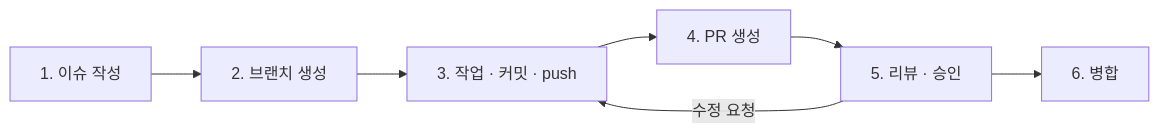
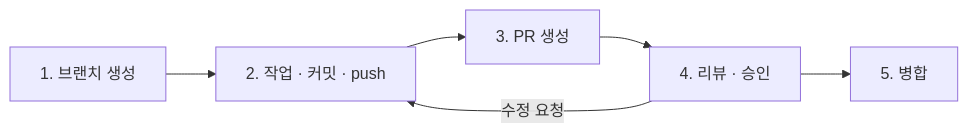
One commit to livelykitten/retail_convinient_store_lgcns6 changed the diagram in docs/CONTRIBUTING.md. Above: the diagram before and after it, drawn with Mermaid. The commit also changed other lines of this file and 13 other files, not shown here.

````diff
--- a/docs/CONTRIBUTING.md
+++ b/docs/CONTRIBUTING.md
@@ -9,9 +9,8 @@
 ```mermaid
 flowchart LR
-  I[1. 이슈 작성] --> B[2. 브랜치 생성]
-  B --> C[3. 작업 · 커밋 · push]
-  C --> P[4. PR 생성]
-  P --> R[5. 리뷰 · 승인]
+  B[1. 브랜치 생성] --> C[2. 작업 · 커밋 · push]
+  C --> P[3. PR 생성]
+  P --> R[4. 리뷰 · 승인]
   R -->|수정 요청| C
-  R --> M[6. 병합]
+  R --> M[5. 병합]
 ```
````
